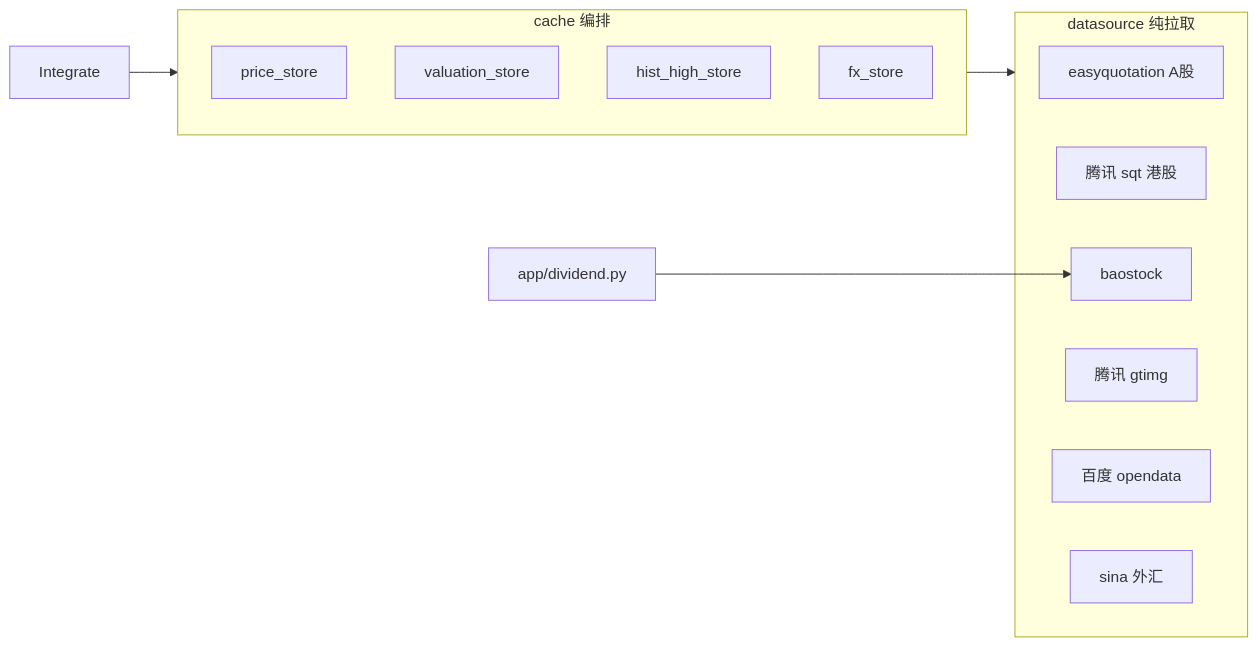
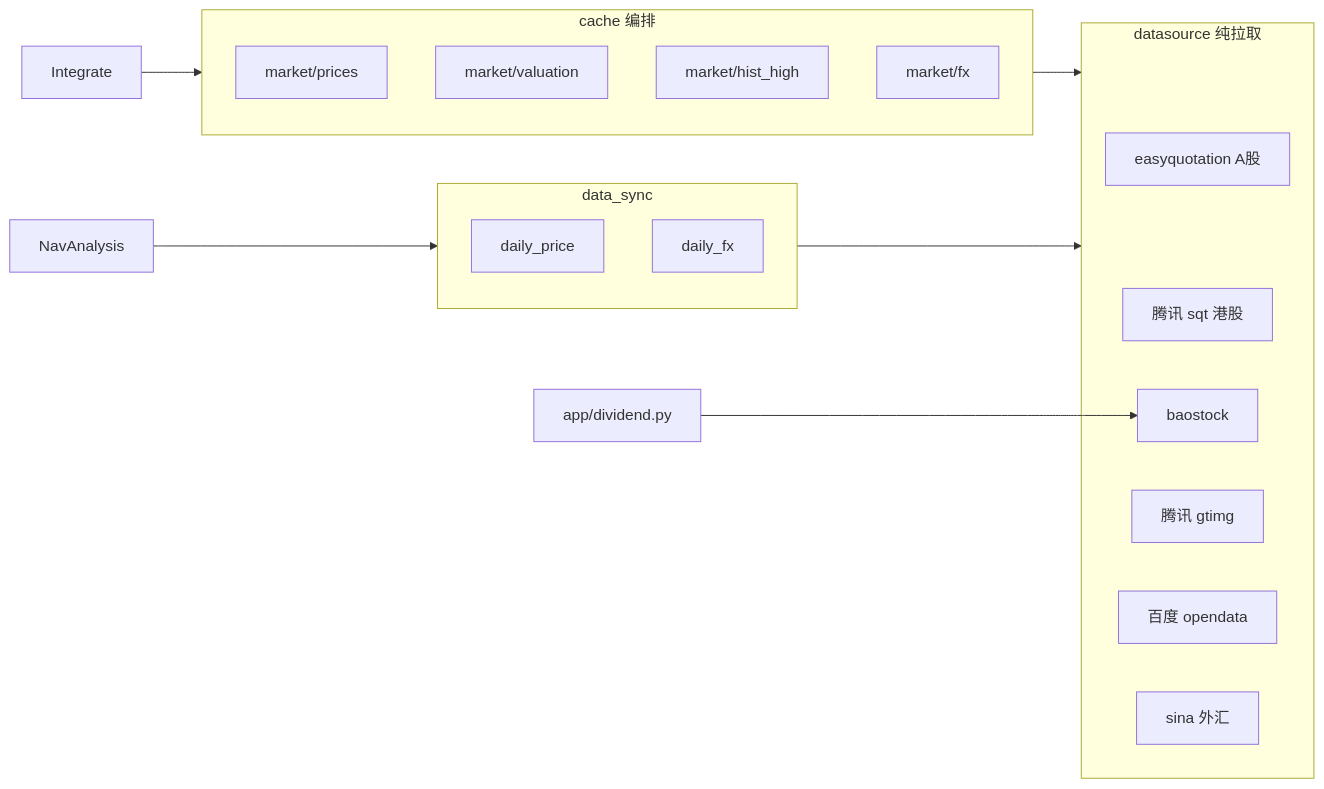
The diagram in .agents/skills/stockmanager-project/references/external-data.md (gunerguner/stockManager), drawn with Mermaid before and after one commit. The commit also changed other lines of this file and 34 other files, not shown here.

````diff
--- a/.agents/skills/stockmanager-project/references/external-data.md
+++ b/.agents/skills/stockmanager-project/references/external-data.md
@@ -26,20 +26,26 @@
 ```mermaid
 flowchart LR
   subgraph datasource [datasource 纯拉取]
     eq[easyquotation A股]
     sqt[腾讯 sqt 港股]
     bao[baostock]
     gtimg[腾讯 gtimg]
     bd[百度 opendata]
     sina[sina 外汇]
   end
   subgraph cache [cache 编排]
-    priceStore[price_store]
-    valStore[valuation_store]
-    histStore[hist_high_store]
-    fxStore[fx_store]
+    priceStore[market/prices]
+    valStore[market/valuation]
+    histStore[market/hist_high]
+    fxStore[market/fx]
+  end
+  subgraph dataSync [data_sync]
+    dailyPrice[daily_price]
+    dailyFx[daily_fx]
   end
   Integrate --> cache
+  NavAnalysis --> dataSync
   cache --> datasource
+  dataSync --> datasource
   Dividend[app/dividend.py] --> bao
 ```
````
